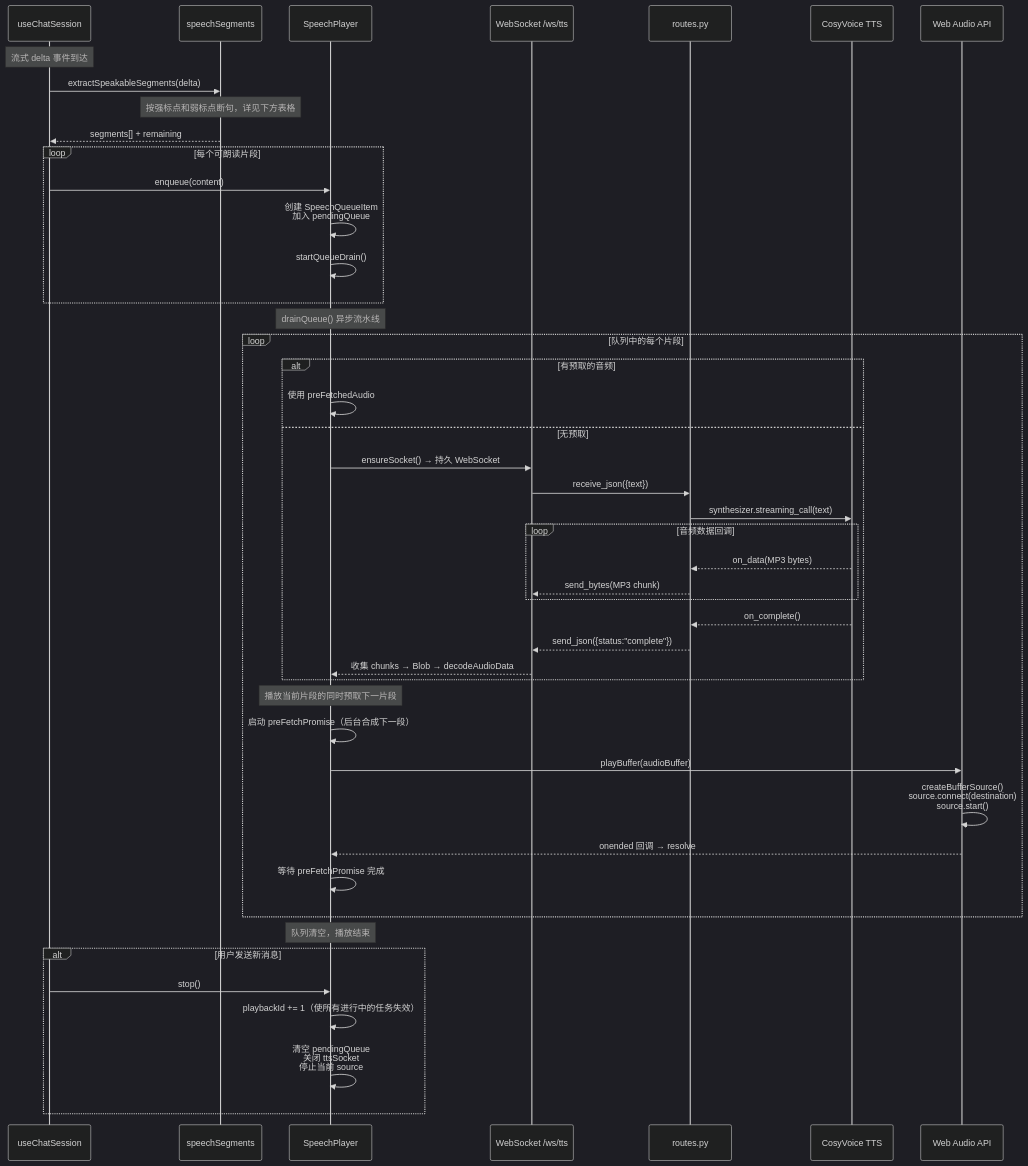
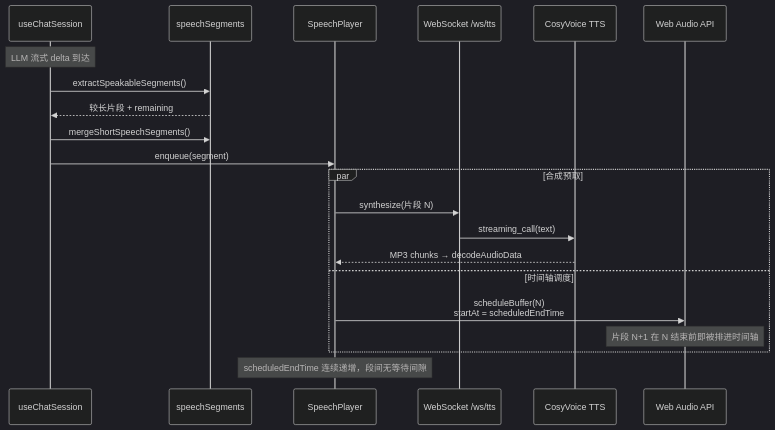
The ninth of 10 diagrams in README.md (Ailoc/datamedic), drawn with Mermaid (dark theme) before and after one commit. The commit also changed other lines of this file and 11 other files, not shown here.

````diff
--- a/README.md
+++ b/README.md
@@ -623,57 +643,26 @@
 ```mermaid
 sequenceDiagram
     participant Hook as useChatSession
     participant Seg as speechSegments
     participant SP as SpeechPlayer
     participant WS as WebSocket /ws/tts
-    participant FastAPI as routes.py
     participant DashScope as CosyVoice TTS
     participant Audio as Web Audio API
 
-    Note over Hook: 流式 delta 事件到达
-    Hook->>Seg: extractSpeakableSegments(delta)
-    Note over Seg: 按强标点和弱标点断句，详见下方表格
+    Note over Hook: LLM 流式 delta 到达
+    Hook->>Seg: extractSpeakableSegments()
+    Seg-->>Hook: 较长片段 + remaining
+    Hook->>Seg: mergeShortSpeechSegments()
+    Hook->>SP: enqueue(segment)
 
-    Seg-->>Hook: segments[] + remaining
-    loop 每个可朗读片段
-        Hook->>SP: enqueue(content)
-        SP->>SP: 创建 SpeechQueueItem<br/>加入 pendingQueue
-        SP->>SP: startQueueDrain()
+    par 合成预取
+        SP->>WS: synthesize(片段 N)
+        WS->>DashScope: streaming_call(text)
+        DashScope-->>SP: MP3 chunks → decodeAudioData
+    and 时间轴调度
+        SP->>Audio: scheduleBuffer(N)<br/>startAt = scheduledEndTime
+        Note over Audio: 片段 N+1 在 N 结束前即被排进时间轴
     end
 
-    Note over SP: drainQueue() 异步流水线
-
-    loop 队列中的每个片段
-        alt 有预取的音频
-            SP->>SP: 使用 preFetchedAudio
-        else 无预取
-            SP->>WS: ensureSocket() → 持久 WebSocket
-            WS->>FastAPI: receive_json({text})
-            FastAPI->>DashScope: synthesizer.streaming_call(text)
-            loop 音频数据回调
-                DashScope-->>FastAPI: on_data(MP3 bytes)
-                FastAPI-->>WS: send_bytes(MP3 chunk)
-            end
-            DashScope-->>FastAPI: on_complete()
-            FastAPI-->>WS: send_json({status:"complete"})
-            WS-->>SP: 收集 chunks → Blob → decodeAudioData
-        end
-
-        Note over SP: 播放当前片段的同时预取下一片段
-        SP->>SP: 启动 preFetchPromise（后台合成下一段）
-
-        SP->>Audio: playBuffer(audioBuffer)
-        Audio->>Audio: createBufferSource()<br/>source.connect(destination)<br/>source.start()
-        Audio-->>SP: onended 回调 → resolve
-
-        SP->>SP: 等待 preFetchPromise 完成
-    end
-
-    Note over SP: 队列清空，播放结束
-
-    alt 用户发送新消息
-        Hook->>SP: stop()
-        SP->>SP: playbackId += 1（使所有进行中的任务失效）
-        SP->>SP: 清空 pendingQueue<br/>关闭 ttsSocket<br/>停止当前 source
-    end
+    Note over SP: scheduledEndTime 连续递增，段间无等待间隙
 ```
````
